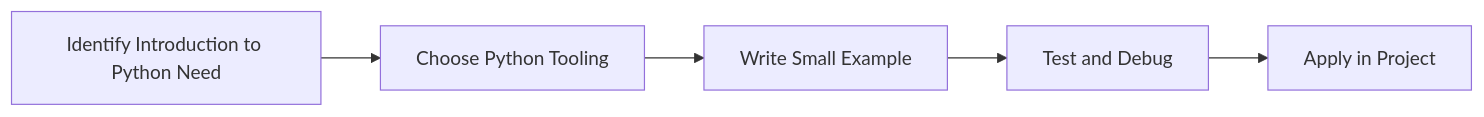
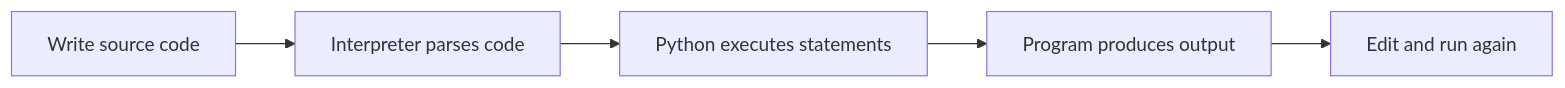
The diagram in Python-Mastery/Beginner/01-introduction-to-python.md (SYMOIZ/E-Learning-Portal), drawn with Mermaid before and after one commit. The commit also changed other lines of this file and 116 other files, not shown here.

````diff
--- a/Python-Mastery/Beginner/01-introduction-to-python.md
+++ b/Python-Mastery/Beginner/01-introduction-to-python.md
@@ -129,7 +120,12 @@
 ```mermaid
 flowchart LR
-    A[Identify Introduction to Python Need] --> B[Choose Python Tooling]
-    B --> C[Write Small Example]
-    C --> D[Test and Debug]
-    D --> E[Apply in Project]
+    A[Write source code]
+    B[Interpreter parses code]
+    C[Python executes statements]
+    D[Program produces output]
+    E[Edit and run again]
+    A --> B
+    B --> C
+    C --> D
+    D --> E
 ```
````
